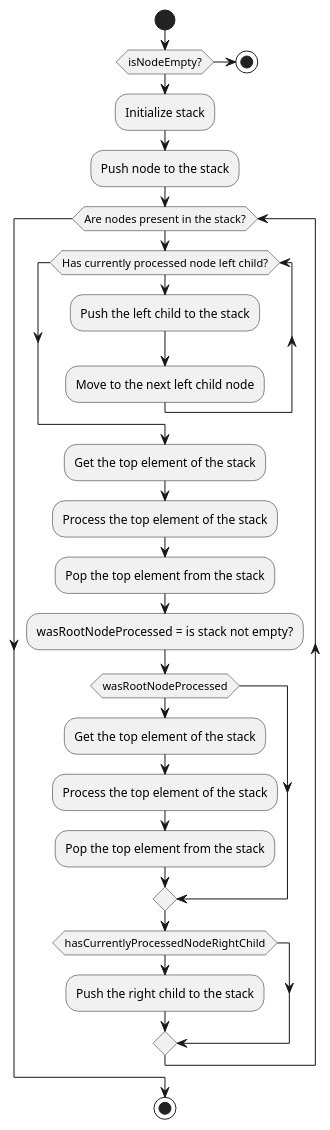
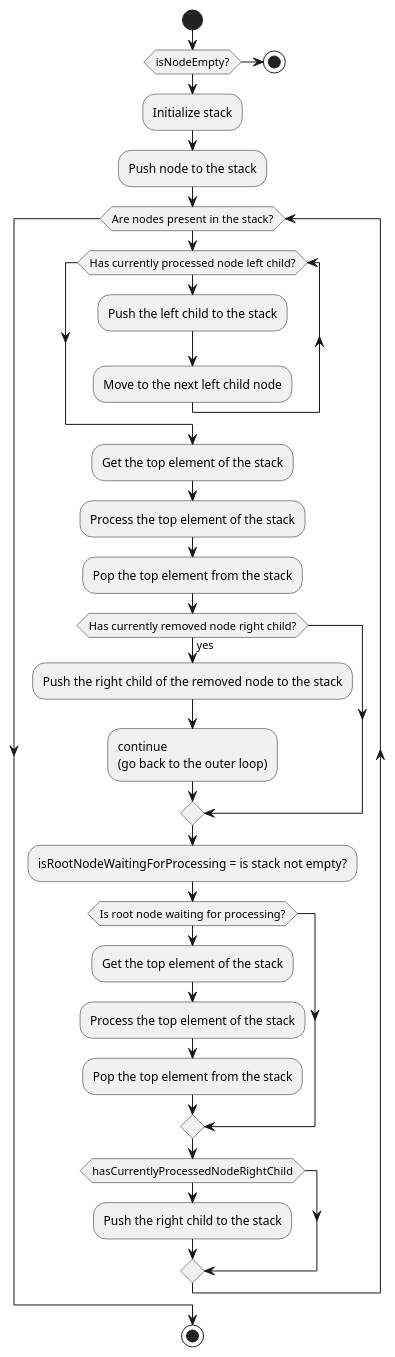
One commit to kyberdrb/CLionProjects changed the diagram in binary_search_tree/bst-inorder_traversal-iterative.puml. Above: the diagram before and after it, drawn with PlantUML. The commit also changed 2 other files, not shown here.

```diff
--- a/binary_search_tree/bst-inorder_traversal-iterative.puml
+++ b/binary_search_tree/bst-inorder_traversal-iterative.puml
@@ -1,34 +1,52 @@
 @startuml
 'https://plantuml.com/activity-diagram-beta
 
 start
 if (isNodeEmpty?) then
   stop
 else
   :Initialize stack;
   :Push node to the stack;
 
   while (Are nodes present in the stack?)
+  'repeat
+    label outerLoop
     while (Has currently processed node left child?)
-        :Push the left child to the stack;
-        :Move to the next left child node;
+      :Push the left child to the stack;
+      :Move to the next left child node;
     end while
 
     :Get the top element of the stack;
     :Process the top element of the stack;
     :Pop the top element from the stack;
 
-    :wasRootNodeProcessed = is stack not empty?;
-    if (wasRootNodeProcessed)
+    if (Has currently removed node right child?) then (yes)
+      :Push the right child of the removed node to the stack;
+      :continue\n(go back to the outer loop);
+      ':continue;
+      '-->[left] continue;
+      ':continue;
+      ':continue loop
+      'goto outerLoop;
+      'backward:return;
+      'goto outerLoop
+    endif
+
+    :isRootNodeWaitingForProcessing = is stack not empty?;
+    if (Is root node waiting for processing?)
       :Get the top element of the stack;
       :Process the top element of the stack;
       :Pop the top element from the stack;
     endif
 
     if (hasCurrentlyProcessedNodeRightChild)
         :Push the right child to the stack;
     endif
+
+    ':continue\n(go back to the outer loop);
+    ':continue;
   end while
+  'repeat while (Are nodes present in the stack?)
 stop
 
 @enduml
```
